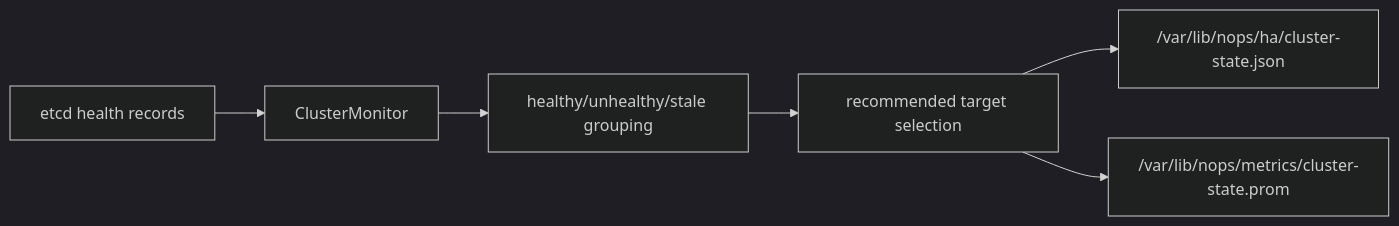
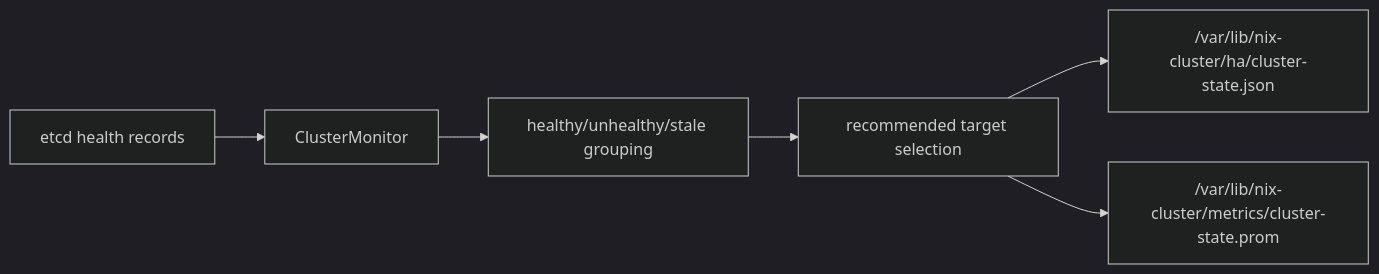
Before and after one commit to MossTeK/nix-cluster: the fifth of 10 diagrams in docs/NIX-CLUSTER-ARCHITECTURE.md, drawn with Mermaid (dark theme). The commit also changed other lines of this file and 32 other files, not shown here.

Commit message:
chore: update nix-cluster

````diff
--- a/docs/NIX-CLUSTER-ARCHITECTURE.md
+++ b/docs/NIX-CLUSTER-ARCHITECTURE.md
@@ -211,8 +211,8 @@
 ```mermaid
 flowchart LR
     A["etcd health records"] --> B["ClusterMonitor"]
     B --> C["healthy/unhealthy/stale grouping"]
     C --> D["recommended target selection"]
-    D --> E["/var/lib/nops/ha/cluster-state.json"]
-    D --> F["/var/lib/nops/metrics/cluster-state.prom"]
+    D --> E["/var/lib/nix-cluster/ha/cluster-state.json"]
+    D --> F["/var/lib/nix-cluster/metrics/cluster-state.prom"]
 ```
````
